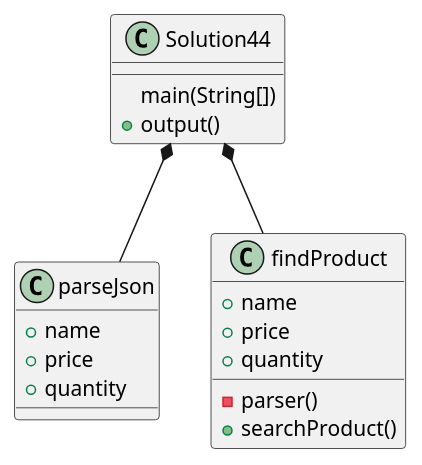
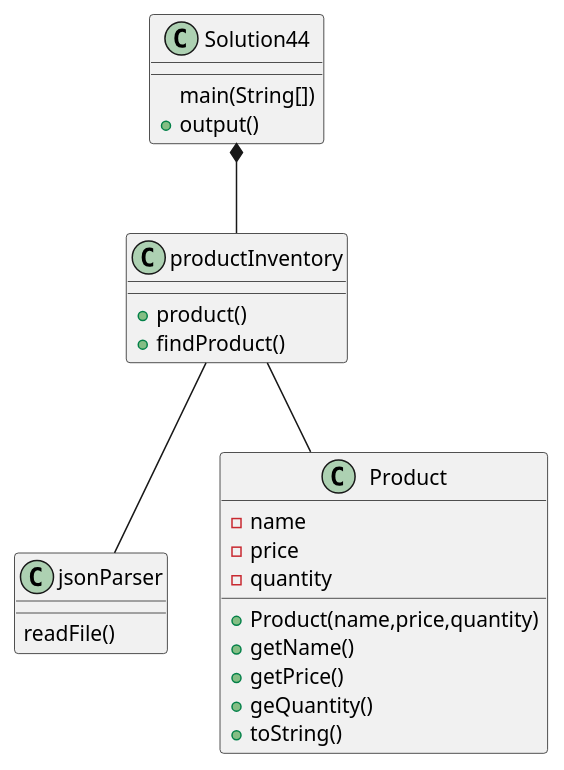
One commit to cachemoney-3000/samontanez-a04 changed the diagram in exercise44/docs/Solution44_ClassDiagram.puml. Above: the diagram before and after it, drawn with PlantUML. The commit also changed 18 other files, not shown here.

```diff
--- a/exercise44/docs/Solution44_ClassDiagram.puml
+++ b/exercise44/docs/Solution44_ClassDiagram.puml
@@ -1,27 +1,35 @@
 @startuml
 class Solution44 {
     'attributes
     main(String[])
     +output()
 }
 
-class parseJson {
-    'attributes
-    +name
-    +price
-    +quantity
+class jsonParser {
+    readFile()
 }
 
-class findProduct{
+class Product{
     'attributes
-    +name
-    +price
-    +quantity
+    -name
+    -price
+    -quantity
 
-    -parser()
-    +searchProduct()
+    +Product(name,price,quantity)
+    +getName()
+    +getPrice()
+    +geQuantity()
+    +toString()
 }
 
-Solution44 *-- findProduct
-Solution44 *-- parseJson
+class productInventory{
+    'attributes
+    +product()
+    +findProduct()
+
+}
+
+Solution44 *-- productInventory
+productInventory -- jsonParser
+productInventory -- Product
 @enduml
```
